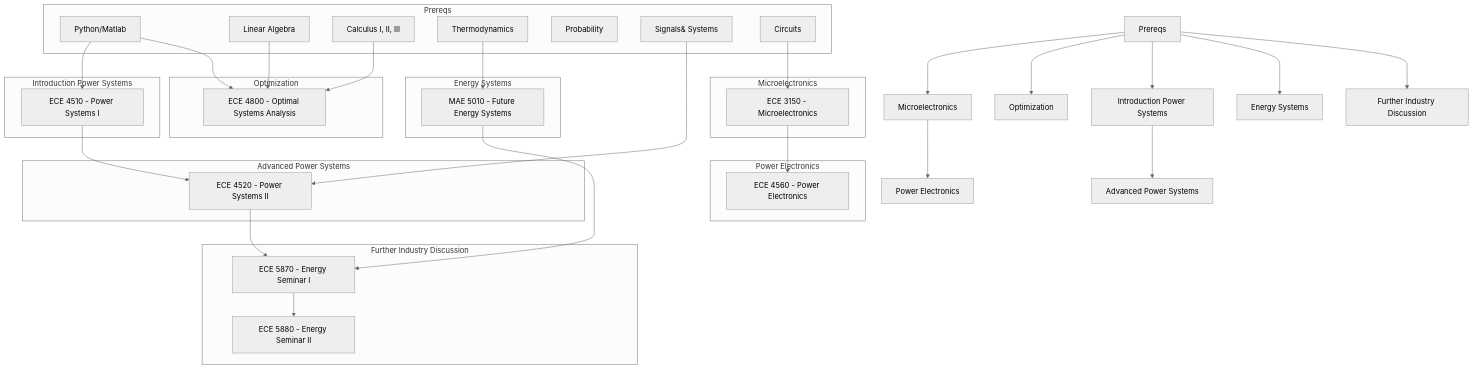
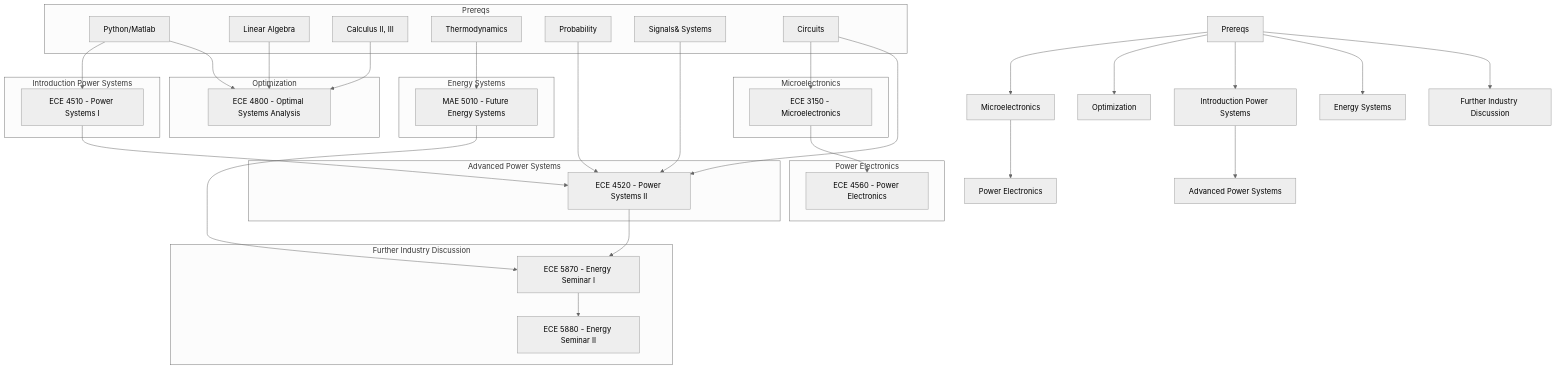
The diagram in ecepower.md (jmyphn/engineering-wiki), drawn with Mermaid (neutral theme) before and after one commit. The commit also changed other lines of this file, not shown here.

````diff
--- a/ecepower.md
+++ b/ecepower.md
@@ -15,71 +15,73 @@
 ```mermaid
 flowchart TD
     A[Prereqs]
     A --> G[Microelectronics]
     G --> H[Power Electronics]
     A --> E[Optimization]
     A --> C[Introduction Power Systems]
     A --> I[Energy Systems]
     C --> D[Advanced Power Systems]
     A --> F[Further Industry Discussion]
 
     subgraph A1[Prereqs]
         A1a[Python/Matlab]
         A1b[Linear Algebra]
-        A1c[Calculus I, II, III]
+        A1c[Calculus II, III]
         A1e[Thermodynamics]
         A1f[Probability]
         A1g[Signals& Systems]
         A1h[Circuits]
 
     end
 
     subgraph C1[Introduction Power Systems]
         C1a[ECE 4510 - Power Systems I]
         
 
     end
 
     subgraph D1[Advanced Power Systems]
         D1a[ECE 4520 - Power Systems II]
 
     end
 
     subgraph E1[Optimization]
         E1a[ECE 4800 - Optimal Systems Analysis]
         
     end
     
     subgraph G1[Microelectronics]
         G1a[ECE 3150 - Microelectronics]
         
     end
 
     subgraph H1[Power Electronics]
         H1a[ECE 4560 - Power Electronics]
         
     end
 
     subgraph I1[Energy Systems]
         I1a[MAE 5010 - Future Energy Systems]
         
     end
     subgraph F1[Further Industry Discussion]
         F1a[ECE 5870 - Energy Seminar I]
         F1b[ECE 5880 - Energy Seminar II]
         
     end
 
     C1a --> D1a
     G1a --> H1a
     A1e --> I1a
     D1a --> F1a
     F1a --> F1b
     I1a --> F1a
     A1g --> D1a
     A1b --> E1a
     A1c --> E1a
     A1h --> G1a
     A1a --> C1a
+    A1f --> D1a
+    A1h --> D1a
     A1a --> E1a
 ```
````
